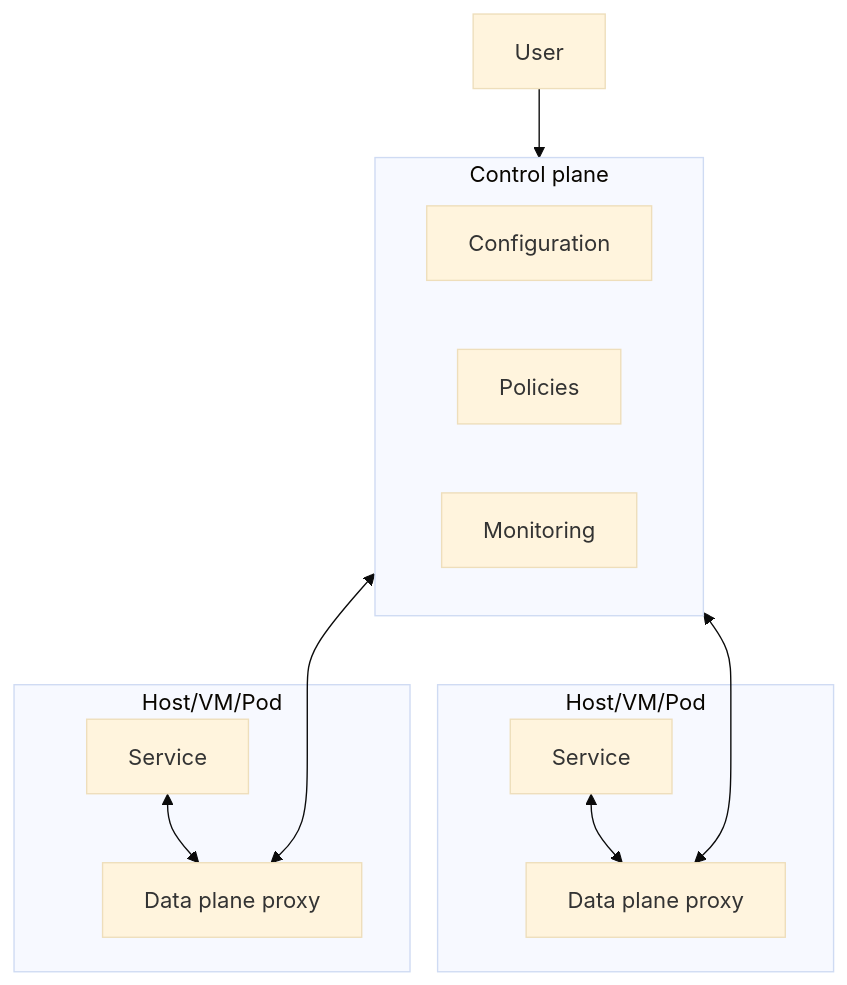
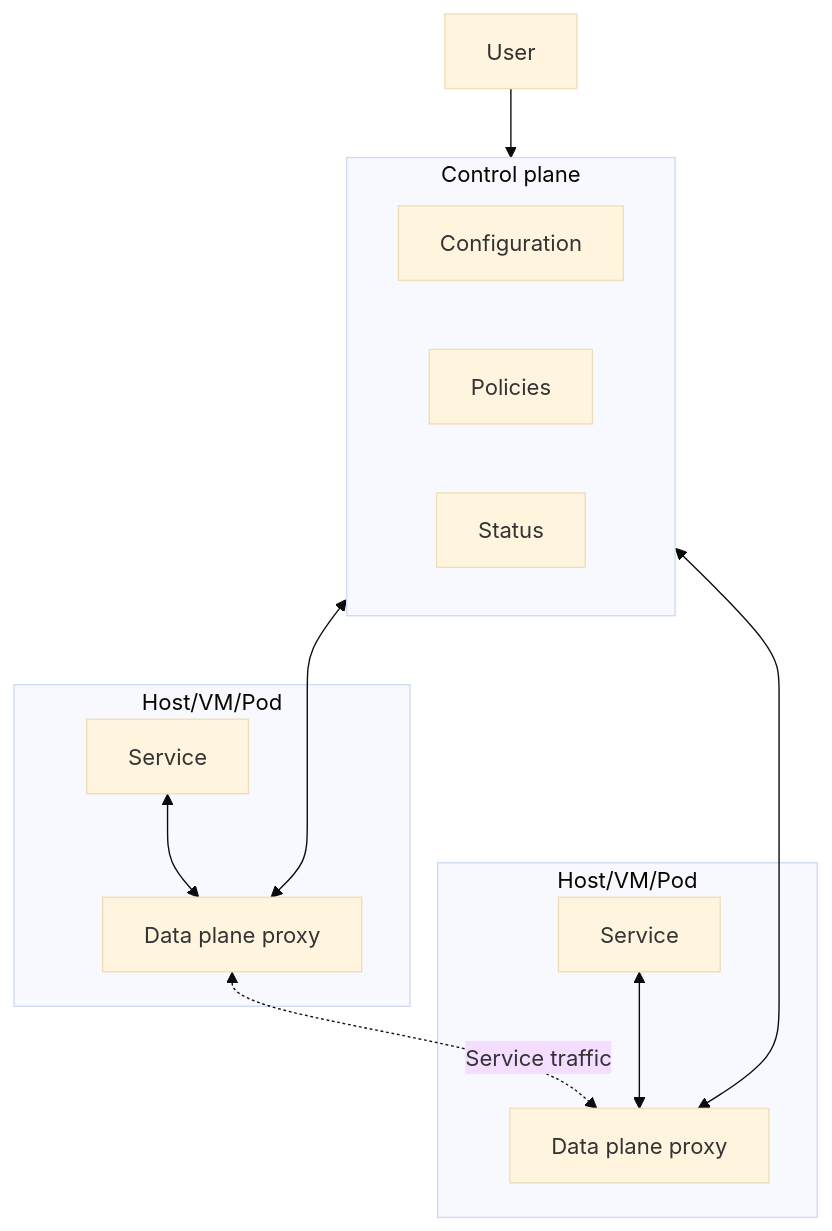
One commit to Kong/developer.konghq.com changed the diagram in app/mesh/service-mesh.md. Above: the diagram before and after it, drawn with Mermaid (base theme). The commit also changed other lines of this file, not shown here.

```diff
--- a/app/mesh/service-mesh.md
+++ b/app/mesh/service-mesh.md
@@ -52,22 +52,23 @@
 {% mermaid %}
 flowchart TB
     U[User]
     subgraph CP[Control plane]
         C[Configuration]
         P[Policies]
-        M[Monitoring]
+        M[Status]
     end
     subgraph H1[Host/VM/Pod]
         DP1[Data plane proxy]
         S1[Service]
         S1 <--> DP1
     end
     subgraph H2[Host/VM/Pod]
         DP2[Data plane proxy]
         S2[Service]
         S2 <--> DP2
     end
 
     U --> CP
     CP <---> DP1 & DP2
+    DP1 <-.->|Service traffic| DP2
 {% endmermaid %}
```
